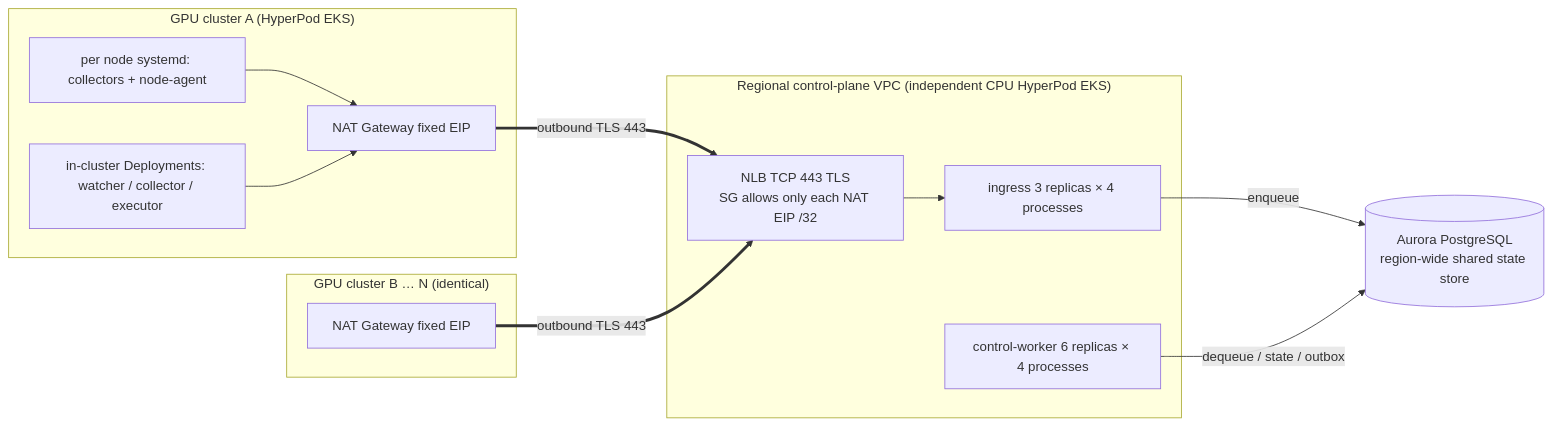
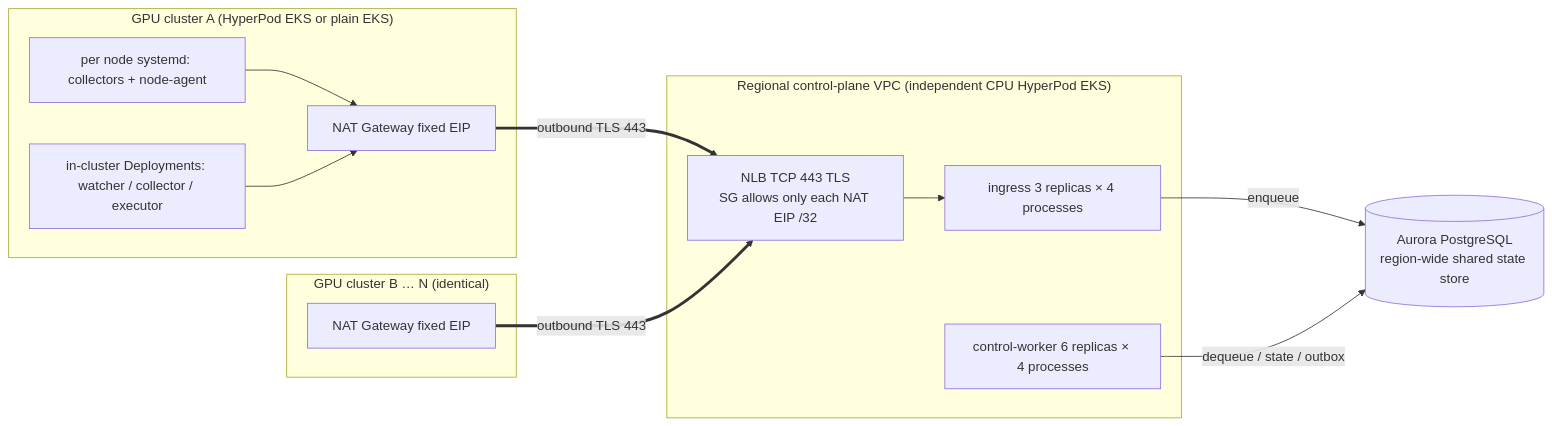
One commit to yuhuiaws/GPU-Fault-Recovery-System changed the third of 9 diagrams in docs/en/high-level-design.md. Above: the diagram before and after it, drawn with Mermaid. The commit also changed other lines of this file and 1 other file, not shown here.

````diff
--- a/docs/en/high-level-design.md
+++ b/docs/en/high-level-design.md
@@ -409,28 +472,28 @@
 ```mermaid
 flowchart LR
-    subgraph GA["GPU cluster A (HyperPod EKS)"]
+    subgraph GA["GPU cluster A (HyperPod EKS or plain EKS)"]
         AN["per node systemd: collectors + node-agent"]
         AD["in-cluster Deployments: watcher / collector / executor"]
         AG["NAT Gateway fixed EIP"]
         AN --> AG
         AD --> AG
     end
 
     subgraph GB["GPU cluster B … N (identical)"]
         BG["NAT Gateway fixed EIP"]
     end
 
     subgraph CVPC["Regional control-plane VPC (independent CPU HyperPod EKS)"]
         NLB["NLB TCP 443 TLS<br/>SG allows only each NAT EIP /32"]
         ING["ingress 3 replicas × 4 processes"]
         WRK["control-worker 6 replicas × 4 processes"]
         NLB --> ING
     end
 
     AUR[("Aurora PostgreSQL<br/>region-wide shared state store")]
 
     AG == "outbound TLS 443" ==> NLB
     BG == "outbound TLS 443" ==> NLB
     ING -- "enqueue" --> AUR
     WRK -- "dequeue / state / outbox" --> AUR
 ```
````
